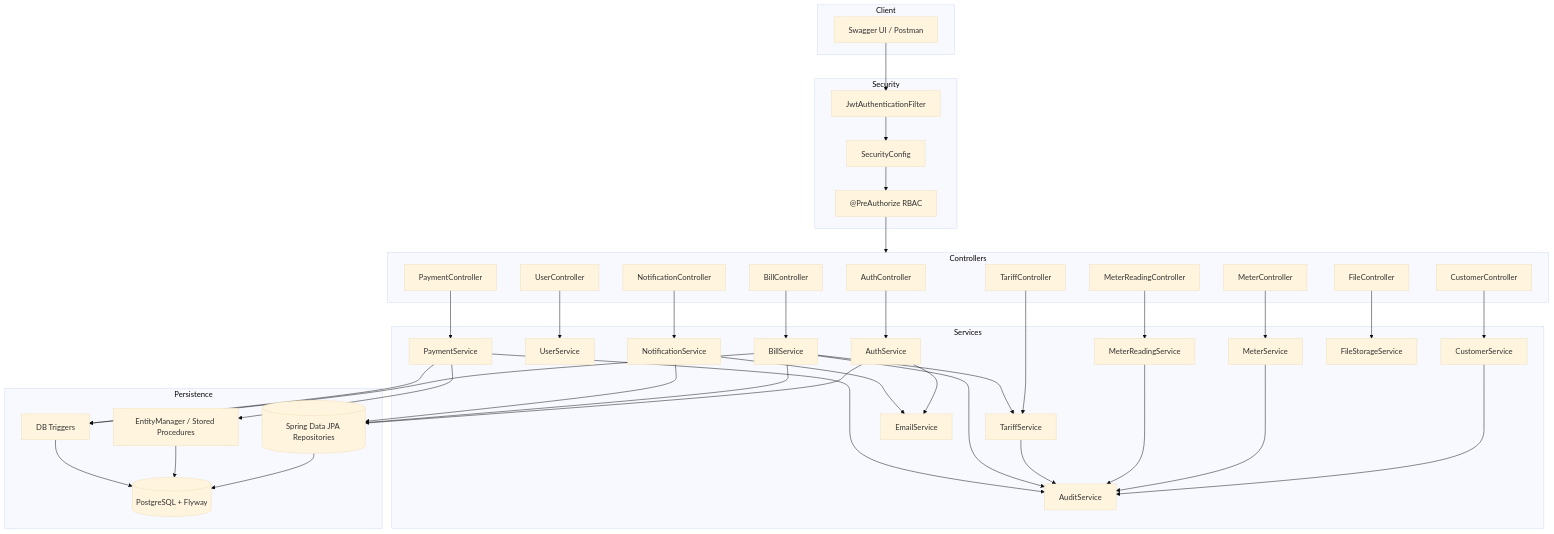
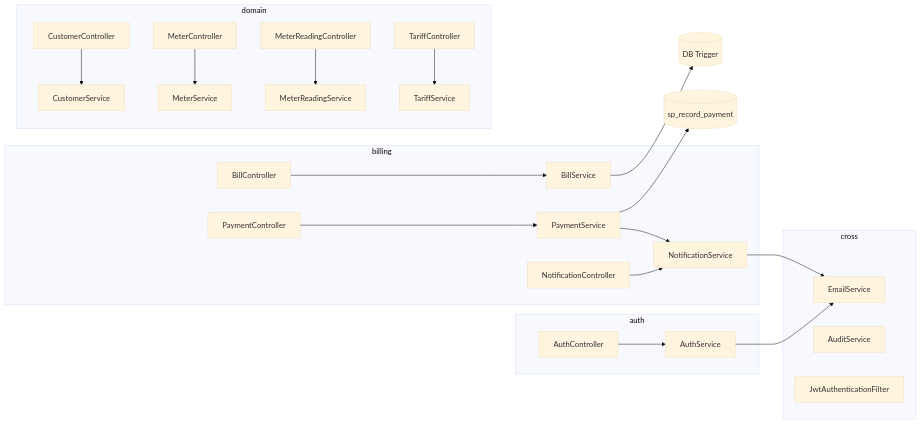
The fifth of 5 diagrams in docs/SPRING_BOOT_FLOW.md (u-sylvie/wasac_ne), drawn with Mermaid (base theme) before and after one commit. The commit also changed other lines of this file and 4 other files, not shown here.

Commit message:
Auto-dispatch notification emails and expand billing flow documentation.

````diff
--- a/docs/SPRING_BOOT_FLOW.md
+++ b/docs/SPRING_BOOT_FLOW.md
@@ -3,84 +320,28 @@
 ```mermaid
-flowchart TB
-    subgraph Client
-        SW[Swagger UI / Postman]
+flowchart LR
+    subgraph auth
+        AC[AuthController] --> AS[AuthService]
+    end
+    subgraph billing
+        BC[BillController] --> BS[BillService]
+        PC[PaymentController] --> PS[PaymentService]
+        NC[NotificationController] --> NS[NotificationService]
+    end
+    subgraph domain
+        CC[CustomerController] --> CS[CustomerService]
+        MC[MeterController] --> MS[MeterService]
+        RC[MeterReadingController] --> RS[MeterReadingService]
+        TC[TariffController] --> TS[TariffService]
+    end
+    subgraph cross
+        ES[EmailService]
+        AUD[AuditService]
+        JWT[JwtAuthenticationFilter]
     end
 
-    subgraph Security
-        JWT[JwtAuthenticationFilter]
-        SEC[SecurityConfig]
-        RBAC["@PreAuthorize RBAC"]
-    end
-
-    subgraph Controllers
-        AUTH[AuthController]
-        USER[UserController]
-        CUST[CustomerController]
-        METER[MeterController]
-        READ[MeterReadingController]
-        TAR[TariffController]
-        BILL[BillController]
-        PAY[PaymentController]
-        NOTIF[NotificationController]
-        FILE[FileController]
-    end
-
-    subgraph Services
-        AS[AuthService]
-        US[UserService]
-        CS[CustomerService]
-        MS[MeterService]
-        RS[MeterReadingService]
-        TS[TariffService]
-        BS[BillService]
-        PS[PaymentService]
-        NS[NotificationService]
-        ES[EmailService]
-        AUD[AuditService]
-        FS[FileStorageService]
-    end
-
-    subgraph Persistence
-        REPO[(Spring Data JPA Repositories)]
-        EM[EntityManager / Stored Procedures]
-        PG[(PostgreSQL + Flyway)]
-        TRG[DB Triggers]
-    end
-
-    SW --> JWT
-    JWT --> SEC
-    SEC --> RBAC
-    RBAC --> Controllers
-
-    AUTH --> AS
-    USER --> US
-    CUST --> CS
-    METER --> MS
-    READ --> RS
-    TAR --> TS
-    BILL --> BS
-    PAY --> PS
-    NOTIF --> NS
-    FILE --> FS
-
     AS --> ES
-    AS --> REPO
-    BS --> TS
-    BS --> REPO
-    PS --> EM
     NS --> ES
-    NS --> REPO
-
-    CS --> AUD
-    MS --> AUD
-    RS --> AUD
-    TS --> AUD
-    BS --> AUD
-    PS --> AUD
-
-    REPO --> PG
-    EM --> PG
-    BS --> TRG
-    PS --> TRG
-    TRG --> PG
+    PS --> NS
+    PS --> SP[(sp_record_payment)]
+    BS --> TRG[(DB Trigger)]
 ```
````
